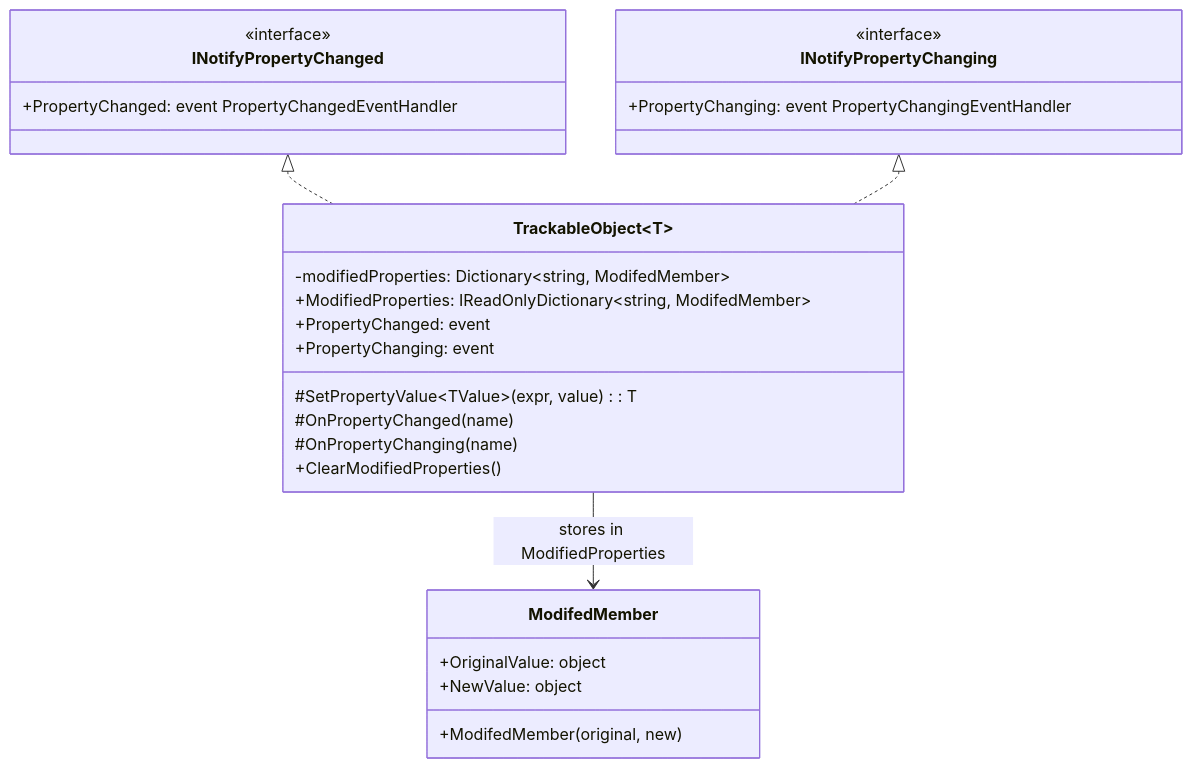
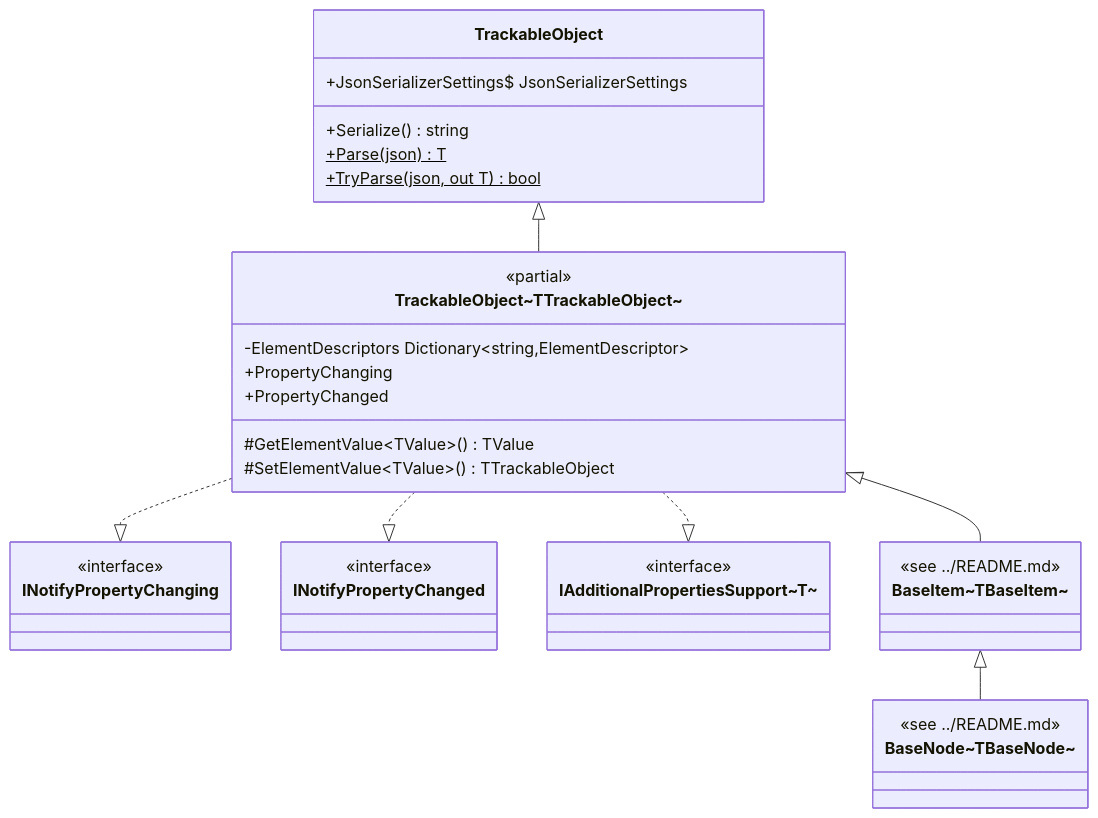
Before and after one commit to KiarashMinoo/IIIF.Manifest.Serializer.Net: the first of 2 diagrams in docs/Shared/Trackable/README.md, drawn with Mermaid. The commit also changed other lines of this file and 70 other files, not shown here.

````diff
--- a/docs/Shared/Trackable/README.md
+++ b/docs/Shared/Trackable/README.md
@@ -170,33 +315,39 @@
 ```mermaid
 classDiagram
+    class TrackableObject {
+        +JsonSerializerSettings$ JsonSerializerSettings
+        +Serialize() string
+        +Parse(json)$ T
+        +TryParse(json, out T)$ bool
+    }
+    class TrackableObjectT["TrackableObject~TTrackableObject~"] {
+        <<partial>>
+        -ElementDescriptors Dictionary~string,ElementDescriptor~
+        +PropertyChanging
+        +PropertyChanged
+        #GetElementValue~TValue~() TValue
+        #SetElementValue~TValue~() TTrackableObject
+    }
+    class INotifyPropertyChanging {
+        <<interface>>
+    }
     class INotifyPropertyChanged {
         <<interface>>
-        +PropertyChanged: event PropertyChangedEventHandler
     }
-    
-    class INotifyPropertyChanging {
+    class IAdditionalPropertiesSupportT["IAdditionalPropertiesSupport~T~"] {
         <<interface>>
-        +PropertyChanging: event PropertyChangingEventHandler
     }
-    
-    class TrackableObject~T~ {
-        -modifiedProperties: Dictionary~string, ModifedMember~
-        +ModifiedProperties: IReadOnlyDictionary~string, ModifedMember~
-        +PropertyChanged: event
-        +PropertyChanging: event
-        #SetPropertyValue~TValue~(expr, value): T
-        #OnPropertyChanged(name)
-        #OnPropertyChanging(name)
-        +ClearModifiedProperties()
+    class BaseItemT["BaseItem~TBaseItem~"] {
+        <<see ../README.md>>
     }
-    
-    class ModifedMember {
-        +OriginalValue: object
-        +NewValue: object
-        +ModifedMember(original, new)
+    class BaseNodeT["BaseNode~TBaseNode~"] {
+        <<see ../README.md>>
     }
-    
-    INotifyPropertyChanged <|.. TrackableObject~T~
-    INotifyPropertyChanging <|.. TrackableObject~T~
-    TrackableObject~T~ --> ModifedMember: stores in ModifiedProperties
+
+    TrackableObject <|-- TrackableObjectT
+    TrackableObjectT ..|> INotifyPropertyChanging
+    TrackableObjectT ..|> INotifyPropertyChanged
+    TrackableObjectT ..|> IAdditionalPropertiesSupportT
+    TrackableObjectT <|-- BaseItemT
+    BaseItemT <|-- BaseNodeT
 ```
````
